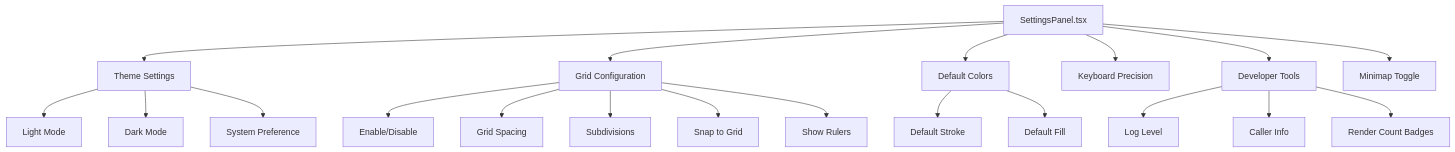
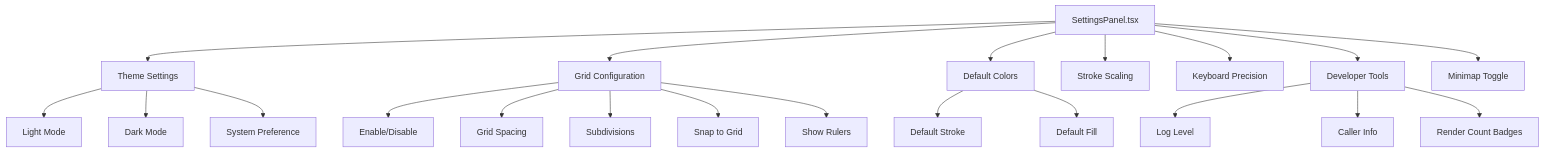
Before and after one commit to ekrsulov/ttpe: the diagram in doc/docs/app-structure/settings-panel.md, drawn with Mermaid. The commit also changed other lines of this file and 10 other files, not shown here.

Commit message:
feat: add "Scale Stroke With Zoom" setting to control stroke width scaling with zoom level

````diff
--- a/doc/docs/app-structure/settings-panel.md
+++ b/doc/docs/app-structure/settings-panel.md
@@ -25,26 +26,27 @@
 ```mermaid
 graph TB
     SettingsPanel[SettingsPanel.tsx] --> Theme[Theme Settings]
     SettingsPanel --> Grid[Grid Configuration]
     SettingsPanel --> Defaults[Default Colors]
+    SettingsPanel --> StrokeScale[Stroke Scaling]
     SettingsPanel --> Keyboard[Keyboard Precision]
     SettingsPanel --> DevTools[Developer Tools]
     SettingsPanel --> Minimap[Minimap Toggle]
     
     Theme --> Light[Light Mode]
     Theme --> Dark[Dark Mode]
     Theme --> System[System Preference]
     
     Grid --> Enable[Enable/Disable]
     Grid --> Spacing[Grid Spacing]
     Grid --> Subdivisions[Subdivisions]
     Grid --> Snap[Snap to Grid]
     Grid --> Rulers[Show Rulers]
     
     Defaults --> Stroke[Default Stroke]
     Defaults --> Fill[Default Fill]
     
     DevTools --> LogLevel[Log Level]
     DevTools --> CallerInfo[Caller Info]
     DevTools --> RenderBadges[Render Count Badges]
 ```
````
